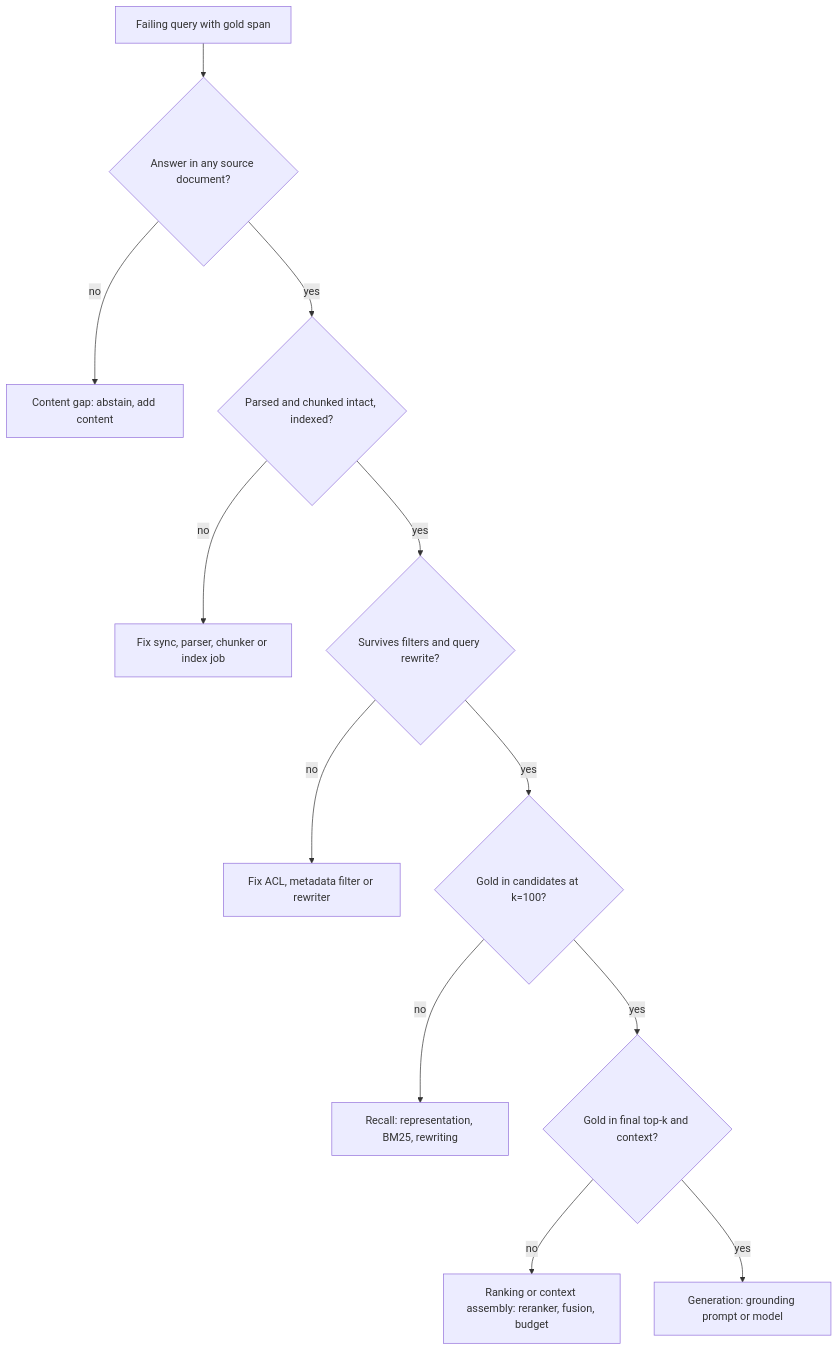
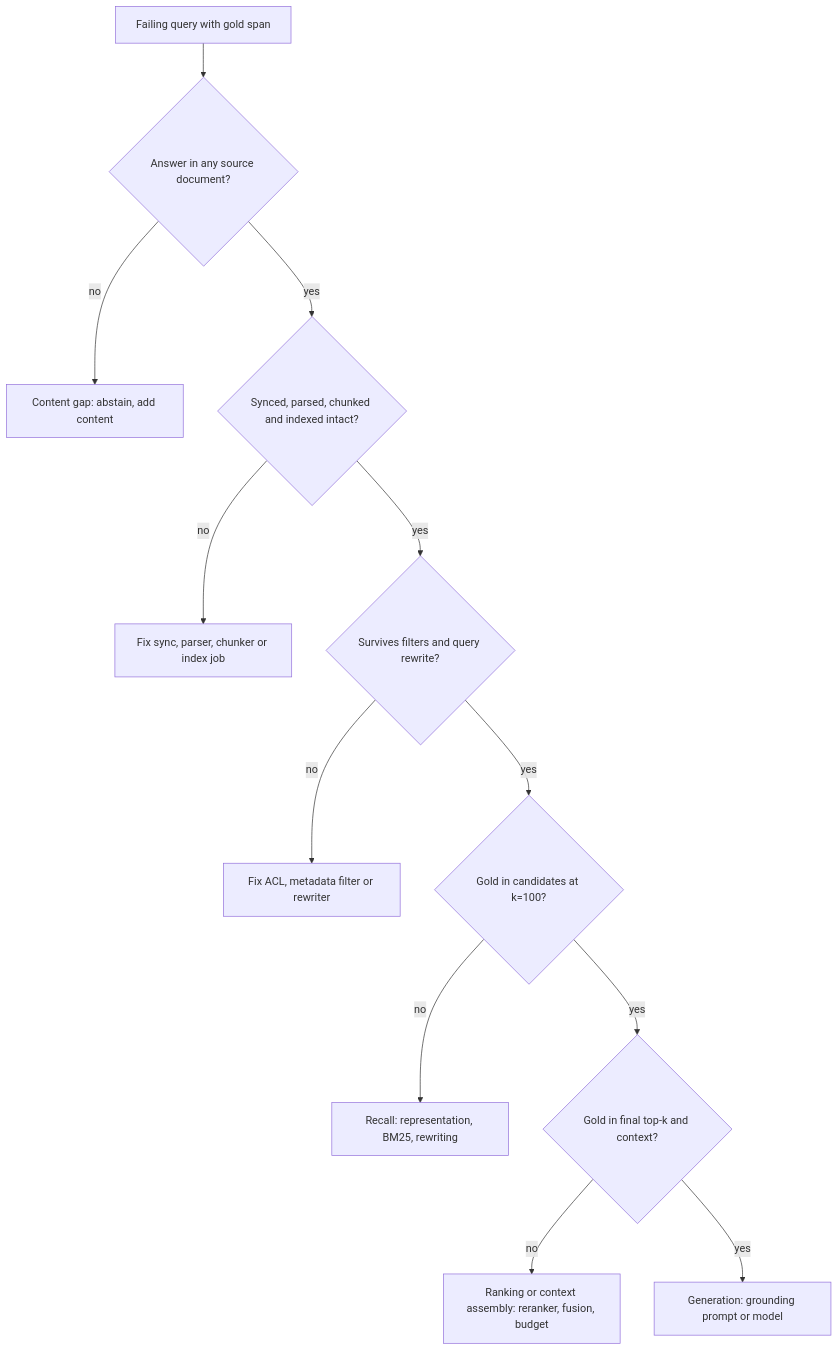
Before and after one commit to lovishmahajan97/agentic-learning: the diagram in content/rag-retrieval/retrieval-failure-diagnosis.md, drawn with Mermaid. The commit also changed other lines of this file and 278 other files, not shown here.

````diff
--- a/content/rag-retrieval/retrieval-failure-diagnosis.md
+++ b/content/rag-retrieval/retrieval-failure-diagnosis.md
@@ -106,14 +107,14 @@
 ```mermaid
 flowchart TD
     Q["Failing query with gold span"] --> C{"Answer in any source document?"}
     C -->|"no"| G1["Content gap: abstain, add content"]
-    C -->|"yes"| P{"Parsed and chunked intact, indexed?"}
+    C -->|"yes"| P{"Synced, parsed, chunked and indexed intact?"}
     P -->|"no"| G2["Fix sync, parser, chunker or index job"]
     P -->|"yes"| F{"Survives filters and query rewrite?"}
     F -->|"no"| G3["Fix ACL, metadata filter or rewriter"]
     F -->|"yes"| R{"Gold in candidates at k=100?"}
     R -->|"no"| G4["Recall: representation, BM25, rewriting"]
     R -->|"yes"| K{"Gold in final top-k and context?"}
     K -->|"no"| G5["Ranking or context assembly: reranker, fusion, budget"]
     K -->|"yes"| G6["Generation: grounding prompt or model"]
 ```
````
